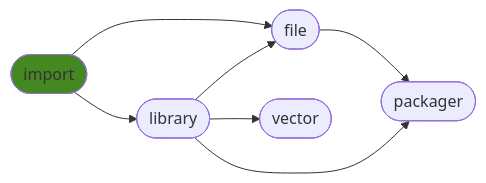
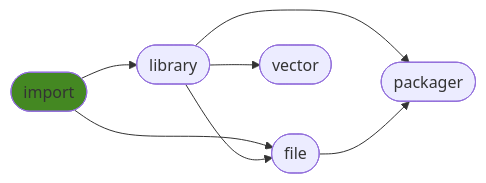
Before and after one commit to ManderaGeneral/generalimport: the diagram in README.md, drawn with Mermaid. The commit also changed other lines of this file, not shown here.

````diff
--- a/README.md
+++ b/README.md
@@ -28,15 +28,15 @@
 ```mermaid
 flowchart LR
+1([library]) --> 4([packager])
+2([file]) --> 4([packager])
+0([import]) --> 2([file])
+1([library]) --> 3([vector])
 0([import]) --> 1([library])
-2([file]) --> 4([packager])
-1([library]) --> 3([vector])
-0([import]) --> 2([file])
-1([library]) --> 4([packager])
 1([library]) --> 2([file])
 click 0 "https://github.com/ManderaGeneral/generalimport"
 click 1 "https://github.com/ManderaGeneral/generallibrary"
 click 2 "https://github.com/ManderaGeneral/generalfile"
 click 3 "https://github.com/ManderaGeneral/generalvector"
 click 4 "https://github.com/ManderaGeneral/generalpackager"
 style 0 fill:#482
 ```
````
